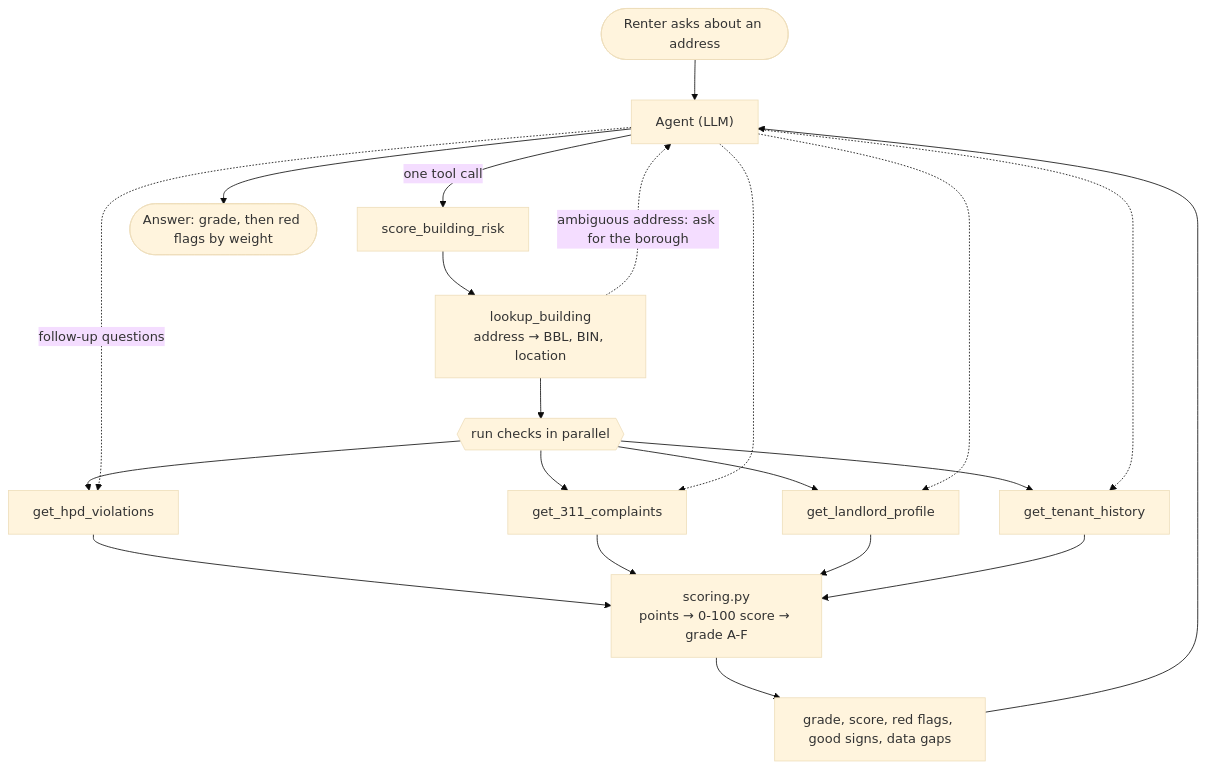
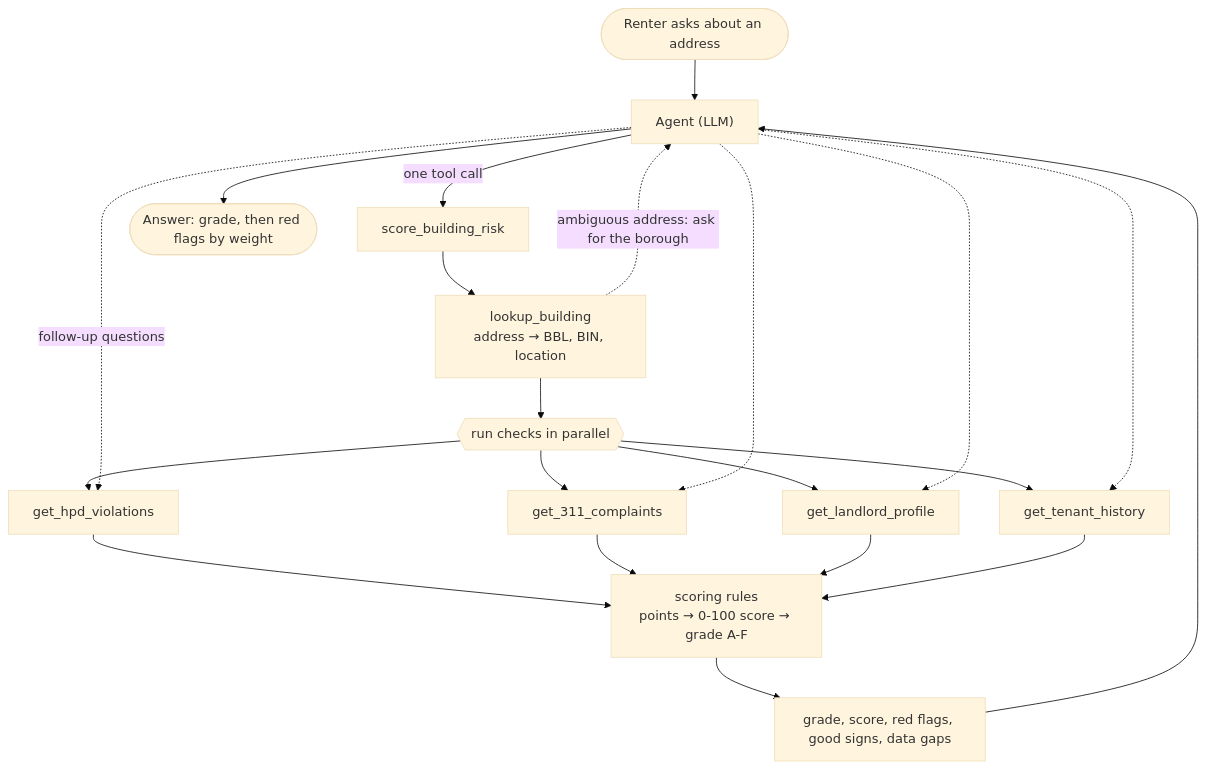
One commit to alex-is-busy-coding/nyc-lease-lens changed the diagram in README.md. Above: the diagram before and after it, drawn with Mermaid (base theme). The commit also changed other lines of this file and 35 other files, not shown here.

````diff
--- a/README.md
+++ b/README.md
@@ -30,21 +30,21 @@
 ```mermaid
 flowchart TD
     user(["Renter asks about an address"]) --> agent["Agent (LLM)"]
     agent -->|"one tool call"| risk["score_building_risk"]
     risk --> lookup["lookup_building<br/>address → BBL, BIN, location"]
     lookup -.->|"ambiguous address: ask for the borough"| agent
     lookup --> parallel{{"run checks in parallel"}}
     parallel --> violations["get_hpd_violations"]
     parallel --> complaints["get_311_complaints"]
     parallel --> landlord["get_landlord_profile"]
     parallel --> history["get_tenant_history"]
     violations & complaints & landlord & history --> scoring
-    scoring["scoring.py<br/>points → 0-100 score → grade A-F"]
+    scoring["scoring rules<br/>points → 0-100 score → grade A-F"]
     scoring --> report["grade, score, red flags, good signs, data gaps"]
     report --> agent
     agent --> answer(["Answer: grade, then red flags by weight"])
     agent -.->|"follow-up questions"| violations
     agent -.-> complaints
     agent -.-> landlord
     agent -.-> history
 ```
````
